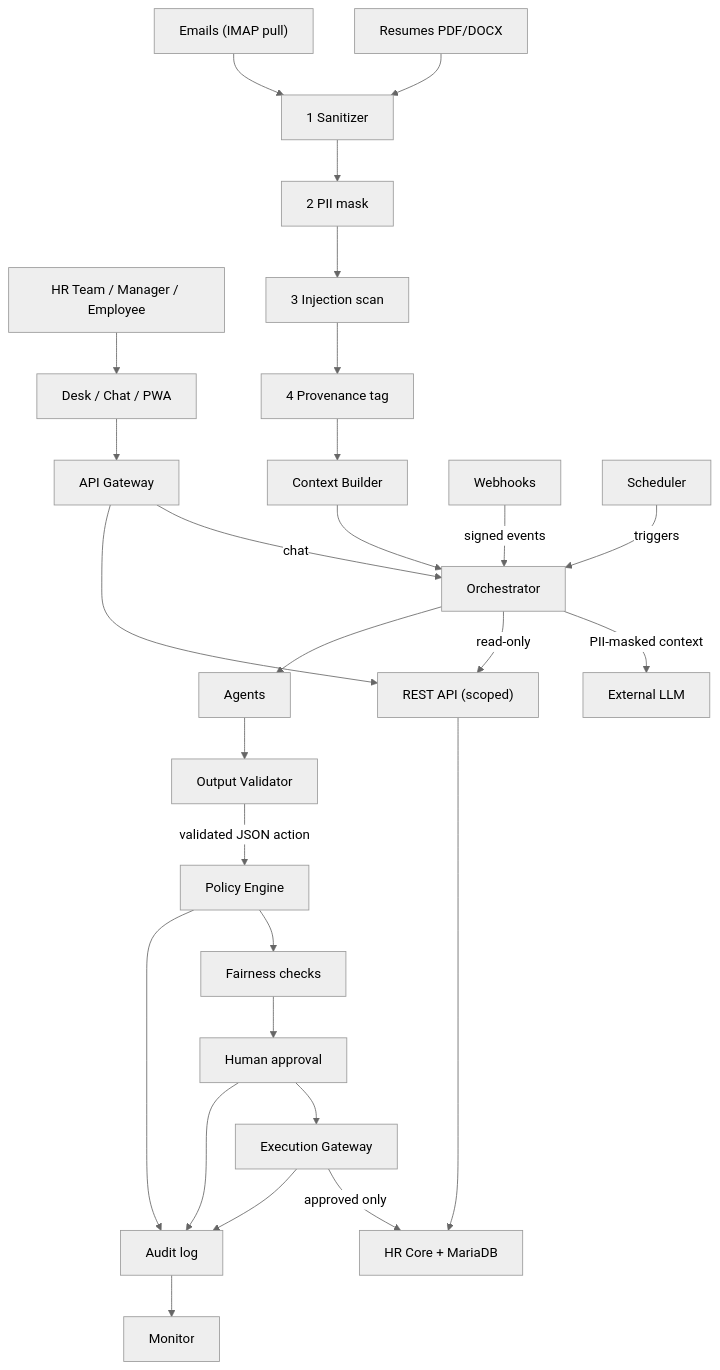
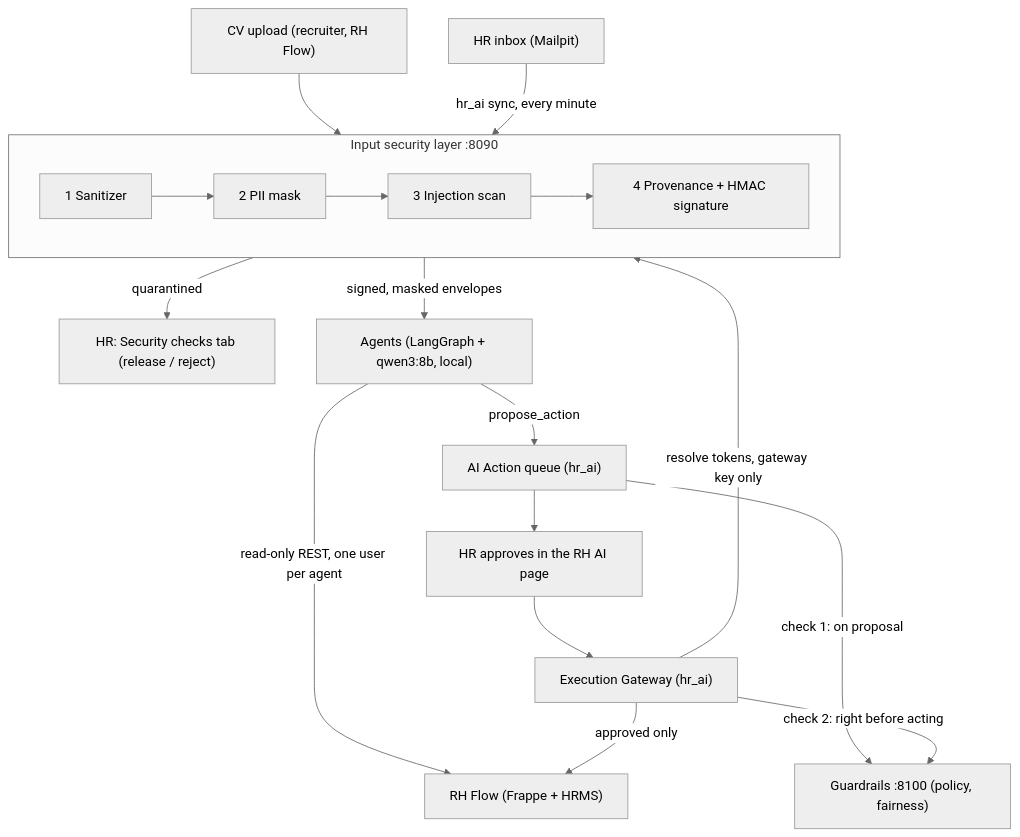
One commit to mohamedkouki101/SOS_Astrpreneur10 changed the diagram in README.md. Above: the diagram before and after it, drawn with Mermaid (neutral theme). The commit also changed other lines of this file and 483 other files, not shown here.

````diff
--- a/README.md
+++ b/README.md
@@ -17,21 +19,18 @@
 ```mermaid
 flowchart TB
-  USERS["HR Team / Manager / Employee"] --> UI["Desk / Chat / PWA"] --> GW["API Gateway"]
-  RES["Resumes PDF/DOCX"] --> SAN
-  MAIL["Emails (IMAP pull)"] --> SAN
-  SAN["1 Sanitizer"] --> PII["2 PII mask"] --> INJ["3 Injection scan"] --> PROV["4 Provenance tag"] --> CB["Context Builder"] --> ORCH
-  GW -->|chat| ORCH["Orchestrator"]
-  GW --> REST["REST API (scoped)"]
-  HOOKS["Webhooks"] -->|signed events| ORCH
-  SCHED["Scheduler"] -->|triggers| ORCH
-  ORCH -->|PII-masked context| LLM["External LLM"]
-  ORCH -->|read-only| REST
-  REST --> FW["HR Core + MariaDB"]
-  ORCH --> AGENTS["Agents"] --> VAL["Output Validator"]
-  VAL -->|validated JSON action| POL["Policy Engine"] --> BIAS["Fairness checks"] --> HITL["Human approval"] --> EXEC["Execution Gateway"]
-  EXEC -->|approved only| FW
-  POL --> AUDIT["Audit log"]
-  HITL --> AUDIT
-  EXEC --> AUDIT
-  AUDIT --> MON["Monitor"]
+  CV["CV upload (recruiter, RH Flow)"] --> ISL
+  MAIL["HR inbox (Mailpit)"] -->|hr_ai sync, every minute| ISL
+  subgraph ISL["Input security layer :8090"]
+    S1["1 Sanitizer"] --> S2["2 PII mask"] --> S3["3 Injection scan"] --> S4["4 Provenance + HMAC signature"]
+  end
+  ISL -->|quarantined| SEC["HR: Security checks tab (release / reject)"]
+  ISL -->|signed, masked envelopes| AG["Agents (LangGraph + qwen3:8b, local)"]
+  AG -->|read-only REST, one user per agent| RHF["RH Flow (Frappe + HRMS)"]
+  AG -->|propose_action| Q["AI Action queue (hr_ai)"]
+  Q -->|check 1: on proposal| GR["Guardrails :8100 (policy, fairness)"]
+  Q --> HUM["HR approves in the RH AI page"]
+  HUM --> EX["Execution Gateway (hr_ai)"]
+  EX -->|check 2: right before acting| GR
+  EX -->|resolve tokens, gateway key only| ISL
+  EX -->|approved only| RHF
 ```
````
